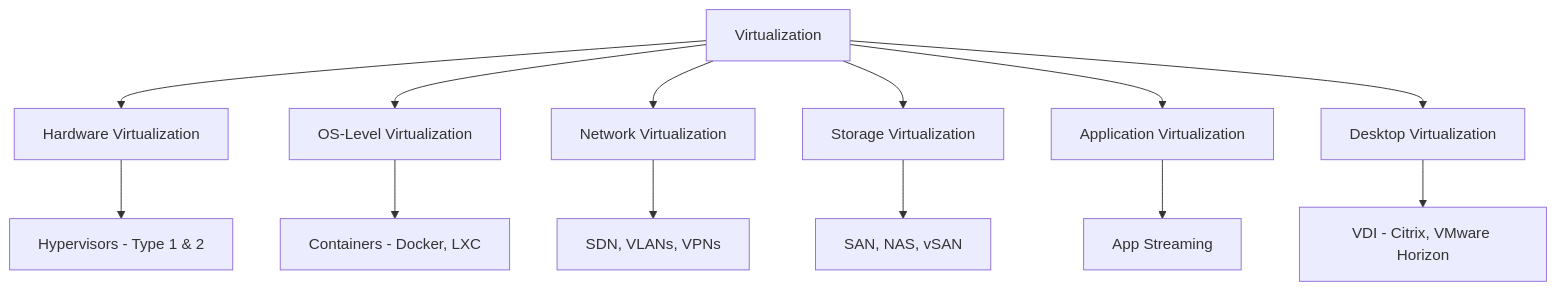
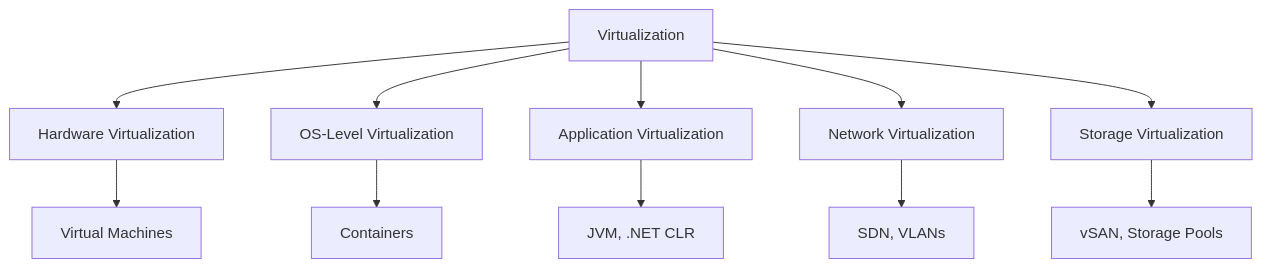
The second of 4 diagrams in src/cloud/virtualization/README.md (vanos001/placement_prep), drawn with Mermaid before and after one commit. The commit also changed other lines of this file and 12 other files, not shown here.

Commit message:
Storage + Concurrency complete, SUMMARY.md updated with roadmap.sh topics

````diff
--- a/src/cloud/virtualization/README.md
+++ b/src/cloud/virtualization/README.md
@@ -36,16 +29,14 @@
 ```mermaid
-graph TB
-    V[Virtualization] --> HW[Hardware Virtualization]
-    V --> OS[OS-Level Virtualization]
-    V --> NET[Network Virtualization]
-    V --> STOR[Storage Virtualization]
-    V --> APP[Application Virtualization]
-    V --> DESK[Desktop Virtualization]
+graph TD
+    VIRT[Virtualization] --> HW[Hardware Virtualization]
+    VIRT --> OS[OS-Level Virtualization]
+    VIRT --> APP[Application Virtualization]
+    VIRT --> NET[Network Virtualization]
+    VIRT --> STOR[Storage Virtualization]
 
-    HW --> HYPER[Hypervisors - Type 1 & 2]
-    OS --> CONT[Containers - Docker, LXC]
-    NET --> SDN[SDN, VLANs, VPNs]
-    STOR --> SAN[SAN, NAS, vSAN]
-    APP --> STREAM[App Streaming]
-    DESK --> VDI[VDI - Citrix, VMware Horizon]
+    HW --> VM[Virtual Machines]
+    OS --> CONTAINER[Containers]
+    APP --> JVM[JVM, .NET CLR]
+    NET --> SDN[SDN, VLANs]
+    STOR --> VSAN[vSAN, Storage Pools]
 ```
````
